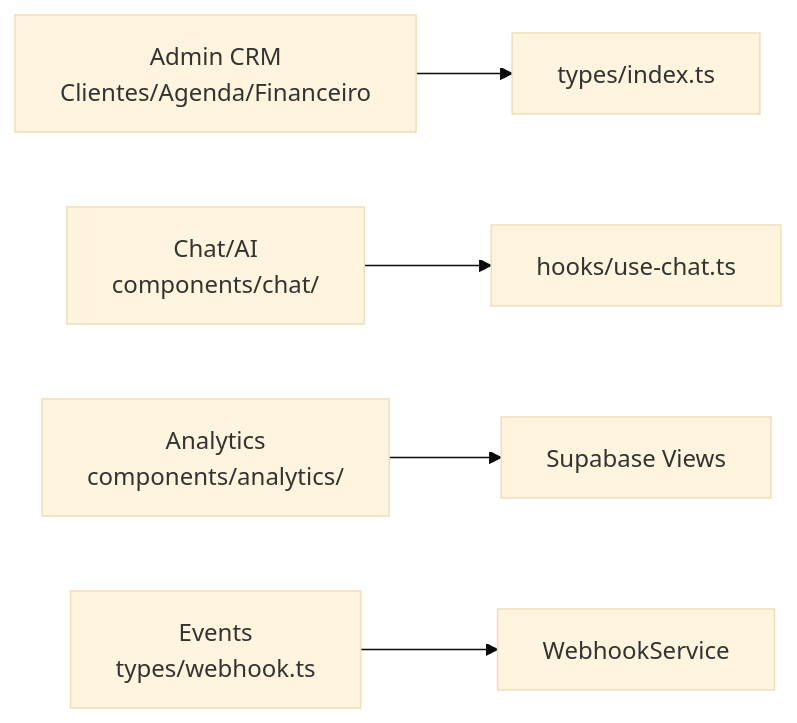
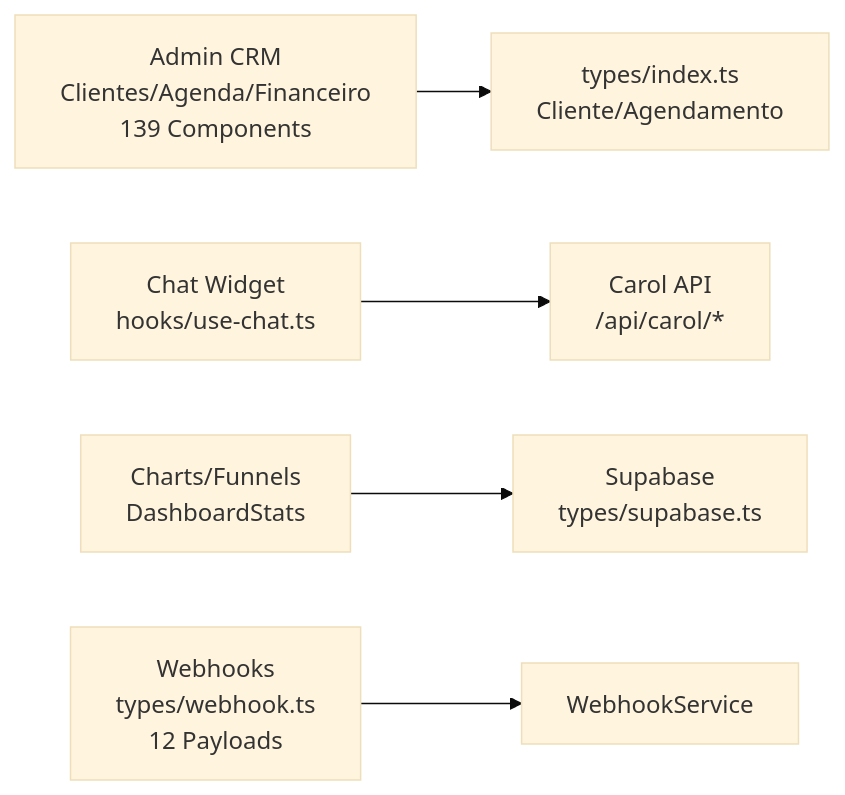
Before and after one commit to dchesque/caroline-cleaning: the second of 2 diagrams in .context/docs/architecture.md, drawn with Mermaid (base theme). The commit also changed other lines of this file and 34 other files, not shown here.

````diff
--- a/.context/docs/architecture.md
+++ b/.context/docs/architecture.md
@@ -162,7 +168,7 @@
 ```mermaid
 graph LR
-    Admin[Admin CRM<br/>Clientes/Agenda/Financeiro] --> Types[types/index.ts]
-    Chat[Chat/AI<br/>components/chat/] --> Hooks[hooks/use-chat.ts]
-    Analytics[Analytics<br/>components/analytics/] --> Supabase[Supabase Views]
-    Webhooks[Events<br/>types/webhook.ts] --> Services[WebhookService]
+    CRM[Admin CRM<br/>Clientes/Agenda/Financeiro<br/>139 Components] --> Types[types/index.ts<br/>Cliente/Agendamento]
+    Chat[Chat Widget<br/>hooks/use-chat.ts] --> AI[Carol API<br/>/api/carol/*]
+    Analytics[Charts/Funnels<br/>DashboardStats] --> DB[Supabase<br/>types/supabase.ts]
+    Events[Webhooks<br/>types/webhook.ts<br/>12 Payloads] --> Services[WebhookService]
 ```
````
